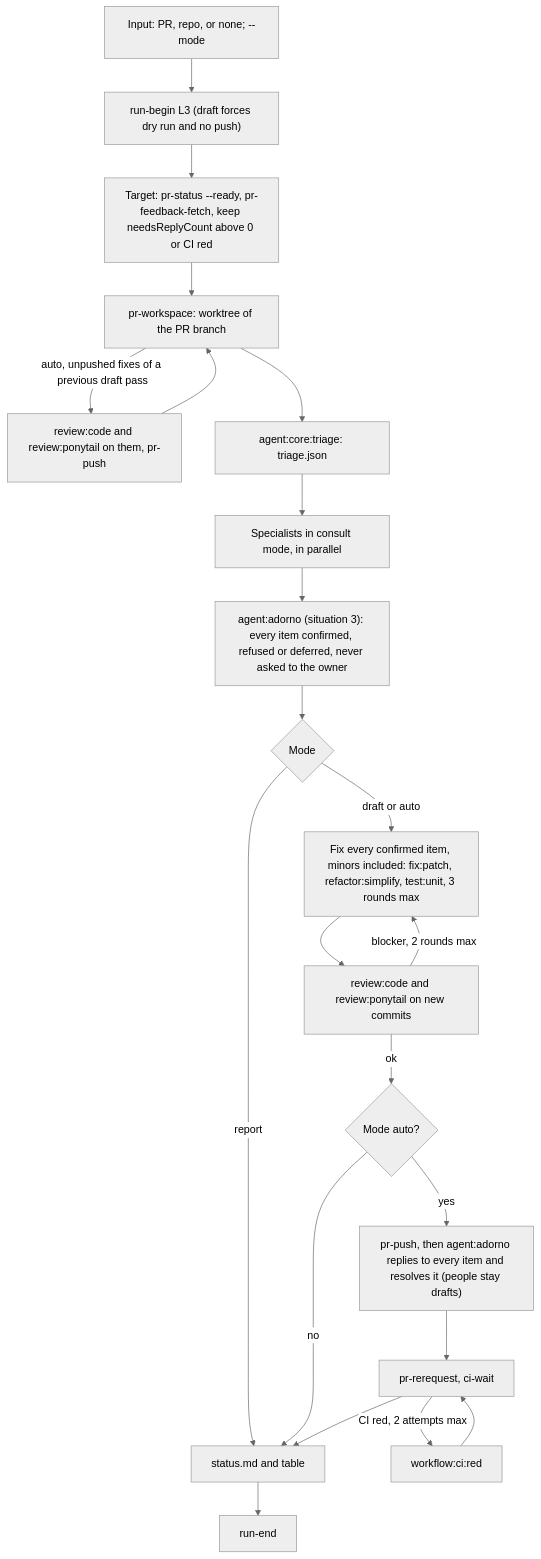
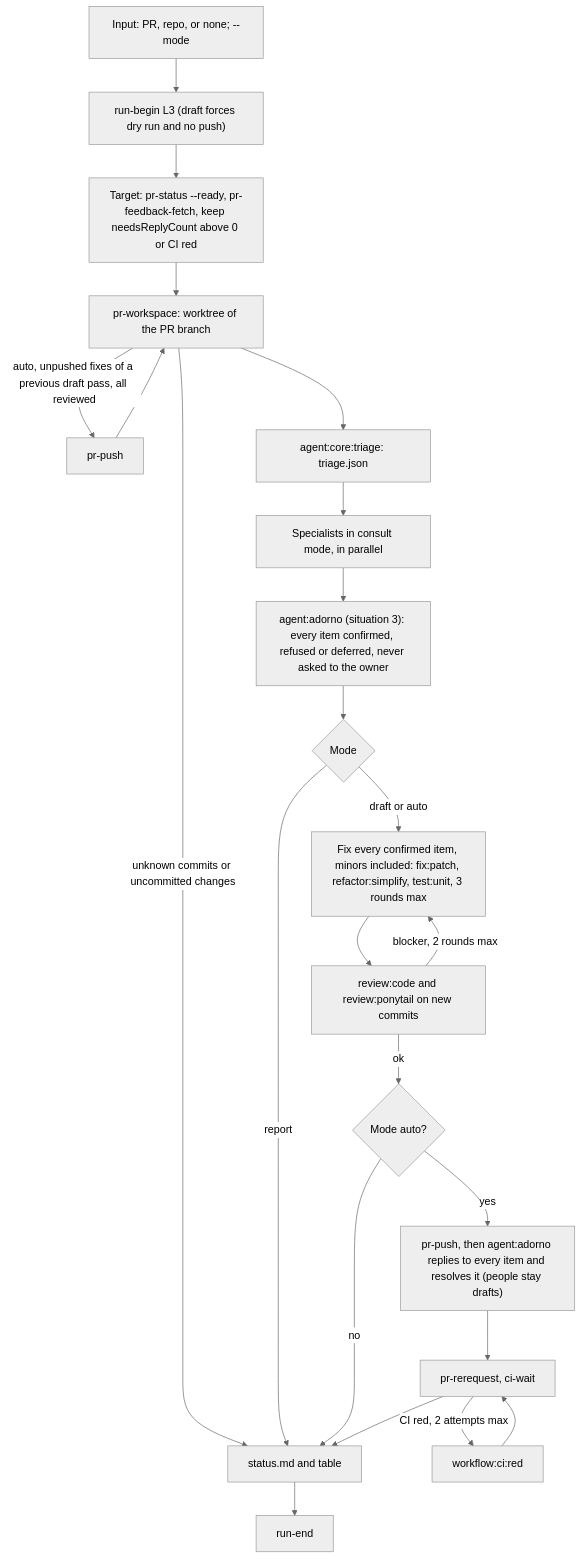
Before and after one commit to nicolasmondain/adorno: the first of 2 diagrams in src/workflows/review/SCHEMA.md, drawn with Mermaid (neutral theme). The commit also changed 15 other files, not shown here.

First line of the commit message:
fix(workflows): make the draft-pass push and the resolve exceptions explicit

````diff
--- a/src/workflows/review/SCHEMA.md
+++ b/src/workflows/review/SCHEMA.md
@@ -5,24 +5,25 @@
 ```mermaid
 flowchart TD
   A["Input: PR, repo, or none; --mode"] --> B["run-begin L3 (draft forces dry run and no push)"]
   B --> C["Target: pr-status --ready, pr-feedback-fetch, keep needsReplyCount above 0 or CI red"]
   C --> D["pr-workspace: worktree of the PR branch"]
-  D -->|"auto, unpushed fixes of a previous draft pass"| DP["review:code and review:ponytail on them, pr-push"]
+  D -->|"auto, unpushed fixes of a previous draft pass, all reviewed"| DP["pr-push"]
   DP --> D
+  D -->|"unknown commits or uncommitted changes"| N
   D --> E["agent:core:triage: triage.json"]
   E --> F["Specialists in consult mode, in parallel"]
   F --> G["agent:adorno (situation 3): every item confirmed, refused or deferred, never asked to the owner"]
   G --> H{"Mode"}
   H -->|"report"| N["status.md and table"]
   H -->|"draft or auto"| I["Fix every confirmed item, minors included: fix:patch, refactor:simplify, test:unit, 3 rounds max"]
   I --> J["review:code and review:ponytail on new commits"]
   J -->|"blocker, 2 rounds max"| I
   J -->|"ok"| K{"Mode auto?"}
   K -->|"no"| N
   K -->|"yes"| L["pr-push, then agent:adorno replies to every item and resolves it (people stay drafts)"]
   L --> M["pr-rerequest, ci-wait"]
   M -->|"CI red, 2 attempts max"| R["workflow:ci:red"]
   R --> M
   M --> N
   N --> O["run-end"]
 ```
````
